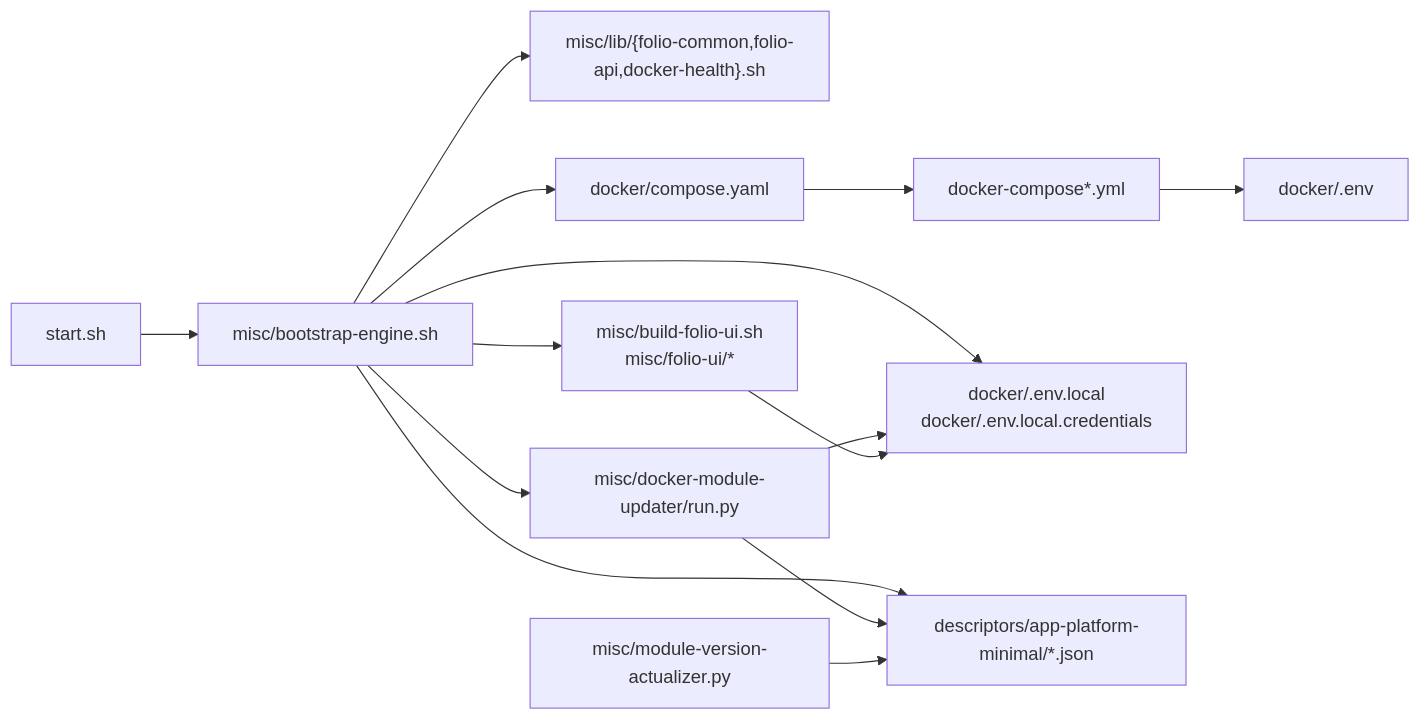
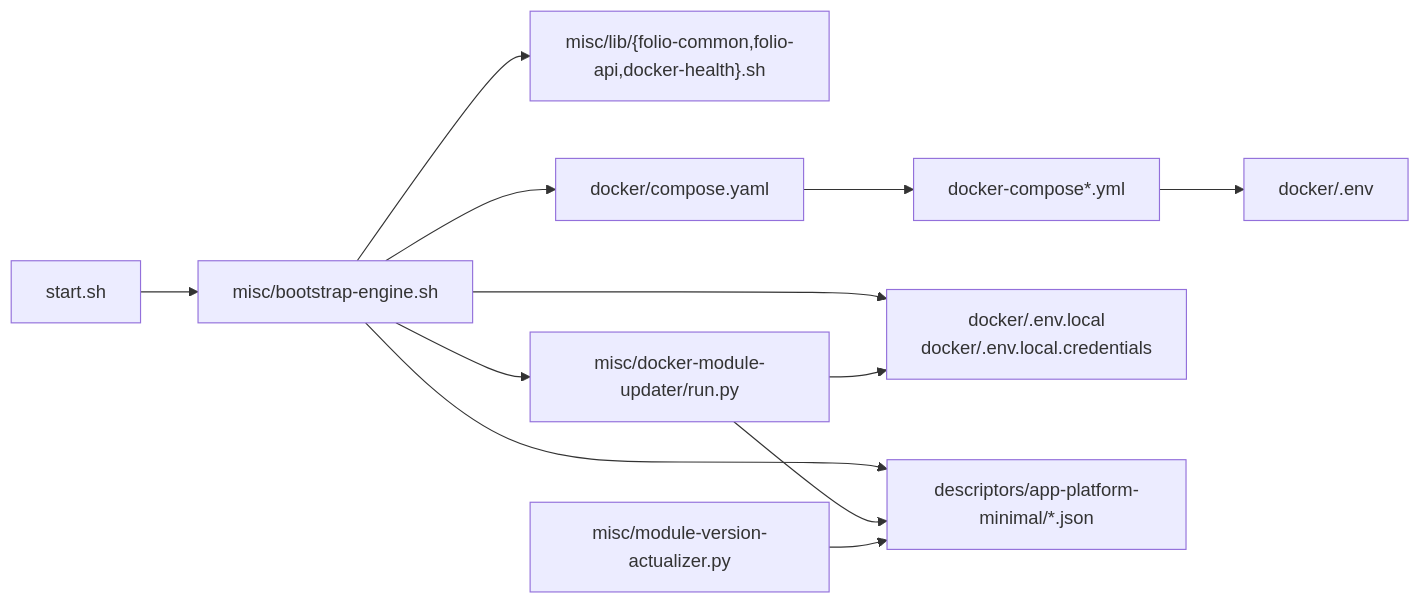
The diagram in docs/architecture/repository-components.md (folio-org/eureka-platform-bootstrap), drawn with Mermaid before and after one commit. The commit also changed other lines of this file and 34 other files, not shown here.

````diff
--- a/docs/architecture/repository-components.md
+++ b/docs/architecture/repository-components.md
@@ -18,28 +18,25 @@
 ```mermaid
 flowchart LR
   Start["start.sh"]
   Engine["misc/bootstrap-engine.sh"]
   Libs["misc/lib/{folio-common,folio-api,docker-health}.sh"]
   ComposeManifest["docker/compose.yaml"]
   ComposeFiles["docker-compose*.yml"]
   EnvDefaults["docker/.env"]
   EnvLocal["docker/.env.local\ndocker/.env.local.credentials"]
   Descriptors["descriptors/app-platform-minimal/*.json"]
   VersionSync["misc/docker-module-updater/run.py"]
   RegistrySync["misc/module-version-actualizer.py"]
-  UIBuild["misc/build-folio-ui.sh\nmisc/folio-ui/*"]
 
   Start --> Engine
   Engine --> Libs
   Engine --> ComposeManifest
   ComposeManifest --> ComposeFiles
   ComposeFiles --> EnvDefaults
   Engine --> EnvLocal
   Engine --> Descriptors
   Engine --> VersionSync
   VersionSync --> Descriptors
   VersionSync --> EnvLocal
   RegistrySync --> Descriptors
-  Engine --> UIBuild
-  UIBuild --> EnvLocal
 ```
````
